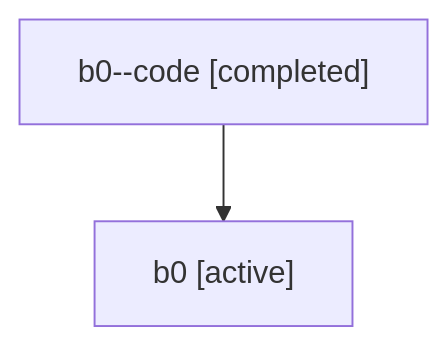
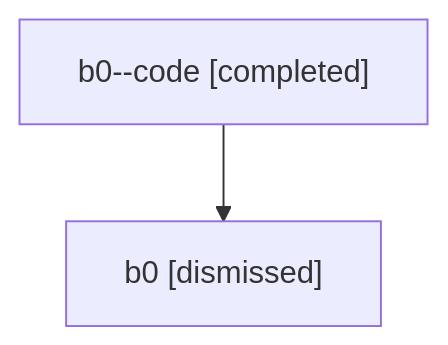
Before and after one commit to sase-org/sase--agents: the diagram in sessions/bbugyi200.athena.b0.md, drawn with Mermaid. The commit also changed other lines of this file and 34 other files, not shown here.

````diff
--- a/sessions/bbugyi200.athena.b0.md
+++ b/sessions/bbugyi200.athena.b0.md
@@ -9,6 +9,6 @@
 ```mermaid
 flowchart TD
   n0["b0--code [completed]"]
-  n1["b0 [active]"]
+  n1["b0 [dismissed]"]
   n0 --> n1
 ```
````
